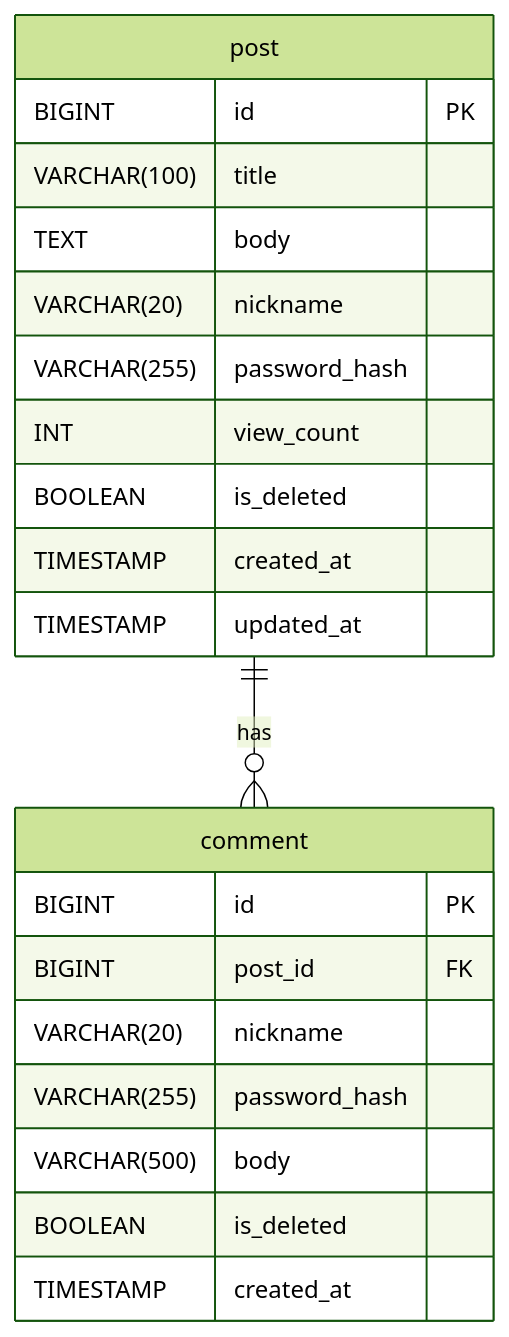
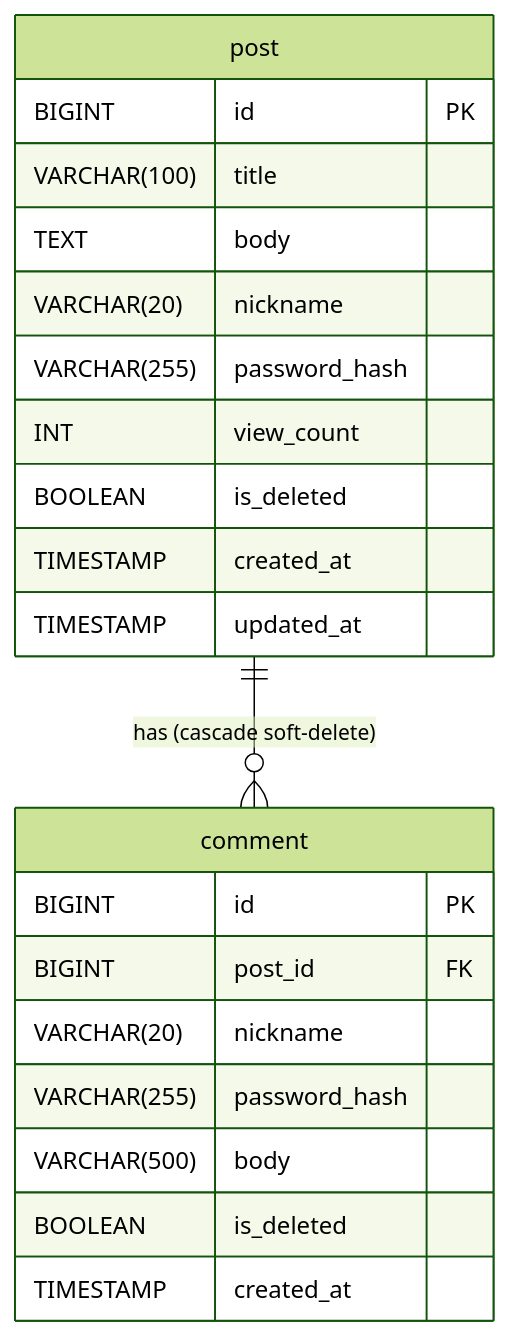
One commit to coconutstd/spec-first changed the diagram in ERD.md. Above: the diagram before and after it, drawn with Mermaid (forest theme). The commit also changed other lines of this file and 4 other files, not shown here.

````diff
--- a/ERD.md
+++ b/ERD.md
@@ -8,26 +8,26 @@
 ```mermaid
 erDiagram
     post {
         BIGINT      id              PK
         VARCHAR(100) title
         TEXT        body
         VARCHAR(20) nickname
         VARCHAR(255) password_hash
         INT         view_count
         BOOLEAN     is_deleted
         TIMESTAMP   created_at
         TIMESTAMP   updated_at
     }
 
     comment {
         BIGINT      id              PK
         BIGINT      post_id         FK
         VARCHAR(20) nickname
         VARCHAR(255) password_hash
         VARCHAR(500) body
         BOOLEAN     is_deleted
         TIMESTAMP   created_at
     }
 
-    post ||--o{ comment : "has"
+    post ||--o{ comment : "has (cascade soft-delete)"
 ```
````
